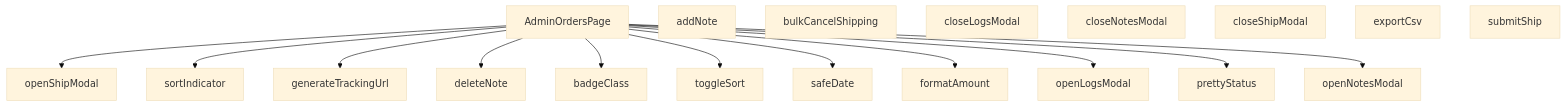
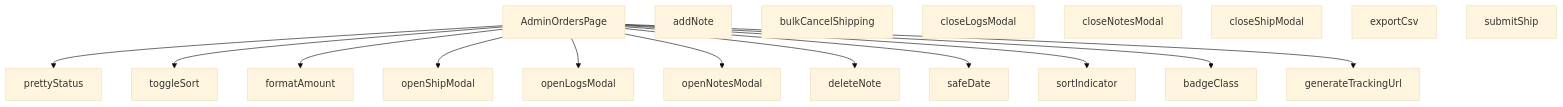
One commit to peckop/venthub-hvac-esite changed the diagram in src/views/admin/AdminOrdersPage.md. Above: the diagram before and after it, drawn with Mermaid (base theme). The commit also changed other lines of this file and 113 other files, not shown here.

````diff
--- a/src/views/admin/AdminOrdersPage.md
+++ b/src/views/admin/AdminOrdersPage.md
@@ -614,33 +566,33 @@
 ```mermaid
 graph TD
     AdminOrdersPage_tsx__AdminOrdersPage["AdminOrdersPage"]
     AdminOrdersPage_tsx__addNote["addNote"]
     AdminOrdersPage_tsx__badgeClass["badgeClass"]
     AdminOrdersPage_tsx__bulkCancelShipping["bulkCancelShipping"]
     AdminOrdersPage_tsx__closeLogsModal["closeLogsModal"]
     AdminOrdersPage_tsx__closeNotesModal["closeNotesModal"]
     AdminOrdersPage_tsx__closeShipModal["closeShipModal"]
     AdminOrdersPage_tsx__deleteNote["deleteNote"]
     AdminOrdersPage_tsx__exportCsv["exportCsv"]
     AdminOrdersPage_tsx__formatAmount["formatAmount"]
     AdminOrdersPage_tsx__generateTrackingUrl["generateTrackingUrl"]
     AdminOrdersPage_tsx__openLogsModal["openLogsModal"]
     AdminOrdersPage_tsx__openNotesModal["openNotesModal"]
     AdminOrdersPage_tsx__openShipModal["openShipModal"]
     AdminOrdersPage_tsx__prettyStatus["prettyStatus"]
     AdminOrdersPage_tsx__safeDate["safeDate"]
     AdminOrdersPage_tsx__sortIndicator["sortIndicator"]
     AdminOrdersPage_tsx__submitShip["submitShip"]
     AdminOrdersPage_tsx__toggleSort["toggleSort"]
+    AdminOrdersPage_tsx__AdminOrdersPage --> AdminOrdersPage_tsx__prettyStatus
+    AdminOrdersPage_tsx__AdminOrdersPage --> AdminOrdersPage_tsx__toggleSort
+    AdminOrdersPage_tsx__AdminOrdersPage --> AdminOrdersPage_tsx__formatAmount
     AdminOrdersPage_tsx__AdminOrdersPage --> AdminOrdersPage_tsx__openShipModal
+    AdminOrdersPage_tsx__AdminOrdersPage --> AdminOrdersPage_tsx__openLogsModal
+    AdminOrdersPage_tsx__AdminOrdersPage --> AdminOrdersPage_tsx__openNotesModal
+    AdminOrdersPage_tsx__AdminOrdersPage --> AdminOrdersPage_tsx__deleteNote
+    AdminOrdersPage_tsx__AdminOrdersPage --> AdminOrdersPage_tsx__safeDate
     AdminOrdersPage_tsx__AdminOrdersPage --> AdminOrdersPage_tsx__sortIndicator
+    AdminOrdersPage_tsx__AdminOrdersPage --> AdminOrdersPage_tsx__badgeClass
     AdminOrdersPage_tsx__AdminOrdersPage --> AdminOrdersPage_tsx__generateTrackingUrl
-    AdminOrdersPage_tsx__AdminOrdersPage --> AdminOrdersPage_tsx__deleteNote
-    AdminOrdersPage_tsx__AdminOrdersPage --> AdminOrdersPage_tsx__badgeClass
-    AdminOrdersPage_tsx__AdminOrdersPage --> AdminOrdersPage_tsx__toggleSort
-    AdminOrdersPage_tsx__AdminOrdersPage --> AdminOrdersPage_tsx__safeDate
-    AdminOrdersPage_tsx__AdminOrdersPage --> AdminOrdersPage_tsx__formatAmount
-    AdminOrdersPage_tsx__AdminOrdersPage --> AdminOrdersPage_tsx__openLogsModal
-    AdminOrdersPage_tsx__AdminOrdersPage --> AdminOrdersPage_tsx__prettyStatus
-    AdminOrdersPage_tsx__AdminOrdersPage --> AdminOrdersPage_tsx__openNotesModal
 ```
````
